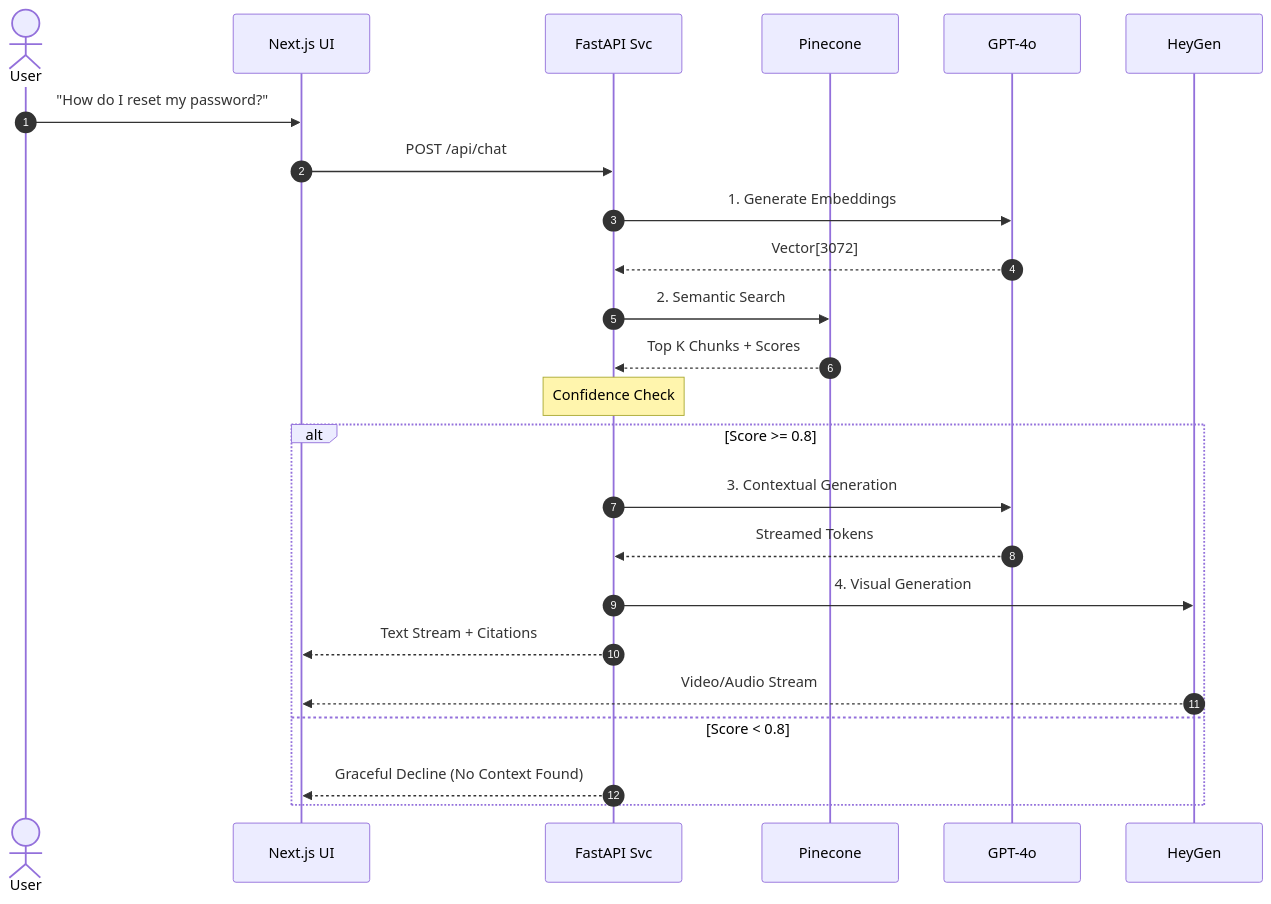
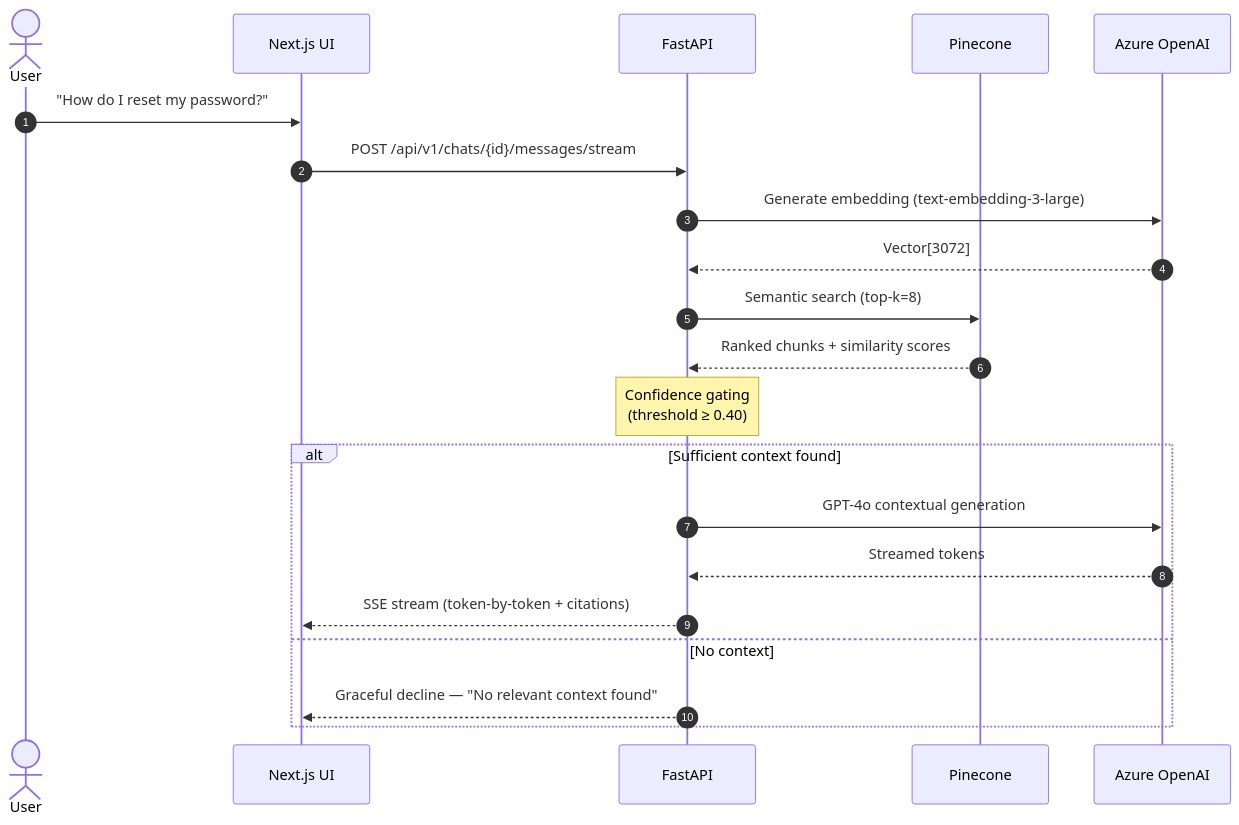
One commit to AbhayKauts21/Vanguard changed the third of 3 diagrams in README.md. Above: the diagram before and after it, drawn with Mermaid. The commit also changed other lines of this file, not shown here.

Commit message:
docs: update README with accurate voice pipeline and system architecture

````diff
--- a/README.md
+++ b/README.md
@@ -62,28 +140,26 @@
 ```mermaid
 sequenceDiagram
     autonumber
     actor User
-    participant Frontend as Next.js UI
-    participant Backend as FastAPI Svc
+    participant UI as Next.js UI
+    participant API as FastAPI
     participant VDB as Pinecone
-    participant LLM as GPT-4o
-    participant Avatar as HeyGen
+    participant LLM as Azure OpenAI
 
-    User->>Frontend: "How do I reset my password?"
-    Frontend->>Backend: POST /api/chat
-    Backend->>LLM: 1. Generate Embeddings
-    LLM-->>Backend: Vector[3072]
-    Backend->>VDB: 2. Semantic Search
-    VDB-->>Backend: Top K Chunks + Scores
-    
-    Note over Backend: Confidence Check
-    alt Score >= 0.8
-        Backend->>LLM: 3. Contextual Generation
-        LLM-->>Backend: Streamed Tokens
-        Backend->>Avatar: 4. Visual Generation
-        Backend-->>Frontend: Text Stream + Citations
-        Avatar-->>Frontend: Video/Audio Stream
-    else Score < 0.8
-        Backend-->>Frontend: Graceful Decline (No Context Found)
+    User->>UI: "How do I reset my password?"
+    UI->>API: POST /api/v1/chats/{id}/messages/stream
+    API->>LLM: Generate embedding (text-embedding-3-large)
+    LLM-->>API: Vector[3072]
+    API->>VDB: Semantic search (top-k=8)
+    VDB-->>API: Ranked chunks + similarity scores
+
+    Note over API: Confidence gating<br/>(threshold ≥ 0.40)
+
+    alt Sufficient context found
+        API->>LLM: GPT-4o contextual generation
+        LLM-->>API: Streamed tokens
+        API-->>UI: SSE stream (token-by-token + citations)
+    else No context
+        API-->>UI: Graceful decline — "No relevant context found"
     end
 ```
````
